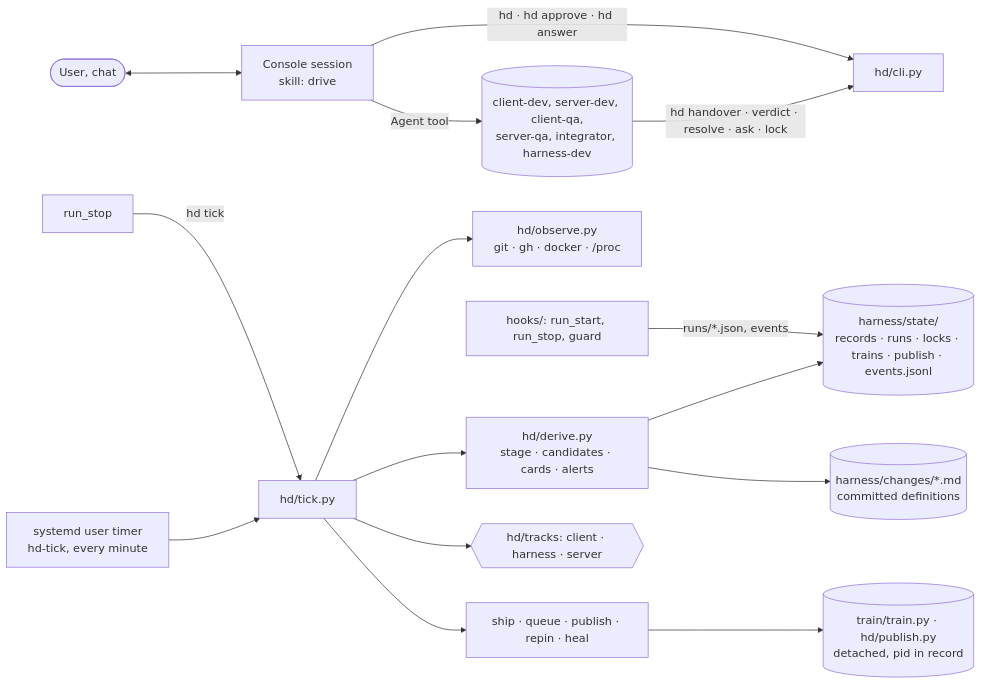
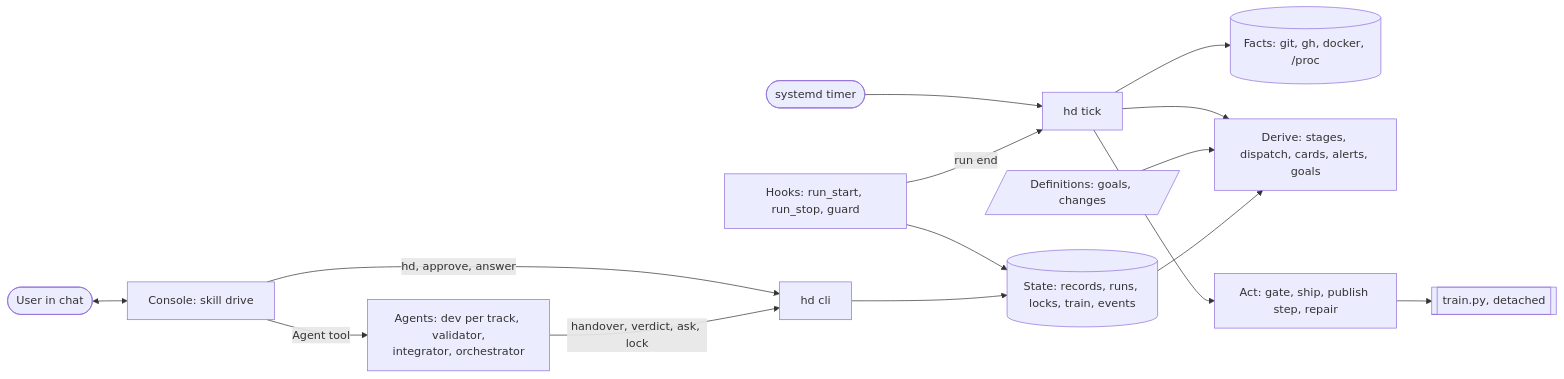
One commit to AlexPerrin/osrs-harness changed the first of 2 diagrams in docs/ARCHITECTURE.md. Above: the diagram before and after it, drawn with Mermaid. The commit also changed other lines of this file, not shown here.

Commit message:
docs: ARCHITECTURE for the six requirements (script gate, agent review, goal lists)

````diff
--- a/docs/ARCHITECTURE.md
+++ b/docs/ARCHITECTURE.md
@@ -19,17 +16,17 @@
 ```mermaid
 flowchart LR
-  user([User, chat]) <--> console[Console session<br/>skill: drive]
-  console -- "hd · hd approve · hd answer" --> cli[hd/cli.py]
-  console -- "Agent tool" --> agents[(client-dev, server-dev, client-qa,<br/>server-qa, integrator, harness-dev)]
-  agents -- "hd handover · verdict · resolve · ask · lock" --> cli
-  hooks[hooks/: run_start, run_stop, guard] -- "runs/*.json, events" --> state
-  run_stop[run_stop] -- "hd tick" --> tick
-  timer[systemd user timer<br/>hd-tick, every minute] --> tick[hd/tick.py]
-  tick --> observe[hd/observe.py<br/>git · gh · docker · /proc] & derive[hd/derive.py<br/>stage · candidates · cards · alerts]
-  tick --> act[ship · queue · publish · repin · heal]
-  act --> procs[(train/train.py · hd/publish.py<br/>detached, pid in record)]
-  tick --> tracks{{hd/tracks: client · harness · server}}
-  state[(harness/state/<br/>records · runs · locks · trains · publish · events.jsonl)]
-  defs[(harness/changes/*.md<br/>committed definitions)]
-  derive --> state & defs
+  user([User in chat]) <--> console[Console: skill drive]
+  console -->|Agent tool| agents[Agents: dev per track, validator,<br/>integrator, orchestrator]
+  console -->|hd, approve, answer| cli[hd cli]
+  agents -->|handover, verdict, ask, lock| cli
+  hooks[Hooks: run_start, run_stop, guard] --> state[(State: records, runs, locks, train, events)]
+  timer([systemd timer]) --> tick[hd tick]
+  hooks -->|run end| tick
+  tick --> observe[(Facts: git, gh, docker, /proc)]
+  tick --> derive[Derive: stages, dispatch, cards, alerts, goals]
+  tick --> act[Act: gate, ship, publish step, repair]
+  act --> train[[train.py, detached]]
+  defs[/Definitions: goals, changes/] --> derive
+  state --> derive
+  cli --> state
 ```
````
